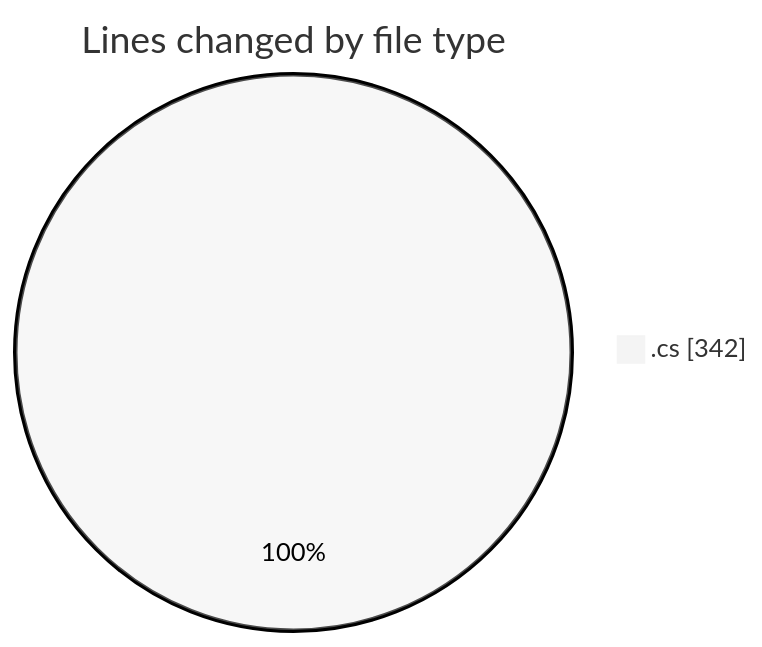
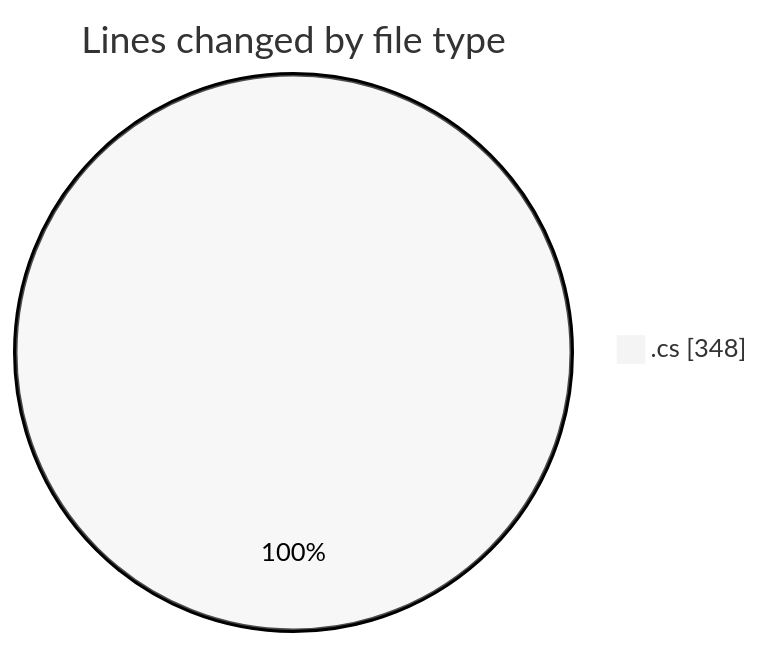
The first of 2 diagrams in 2025-04-09/back-end/README.md (Netris89/code-tracking), drawn with Mermaid (neutral theme) before and after one commit. The commit also changed other lines of this file and 1 other file, not shown here.

````diff
--- a/2025-04-09/back-end/README.md
+++ b/2025-04-09/back-end/README.md
@@ -21,5 +21,5 @@
 ```mermaid
 pie showData
 title Lines changed by file type
-".cs" : 342
+".cs" : 348
 ```
````
